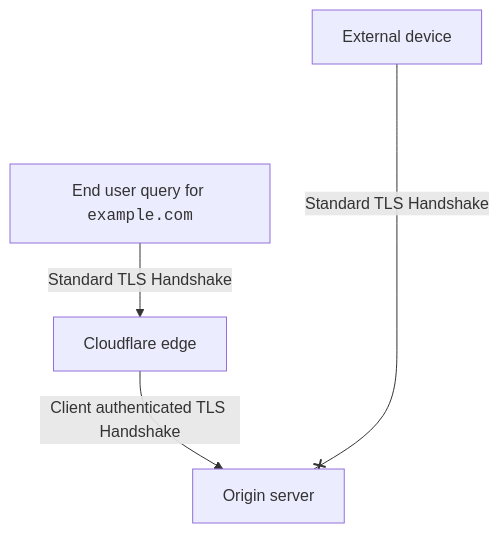
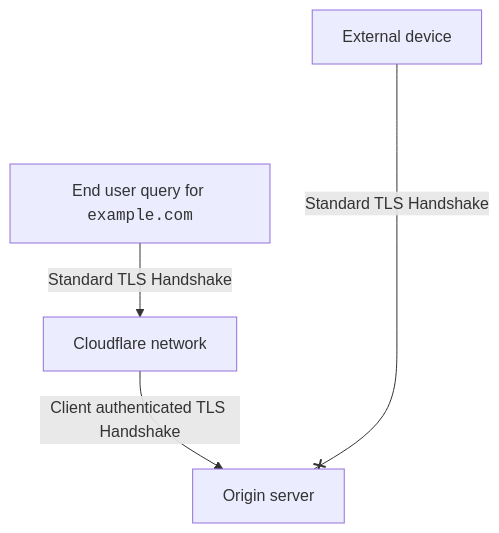
One commit to rdhanarot/cloudflare-docs changed the second of 2 diagrams in content/ssl/origin-configuration/authenticated-origin-pull/explanation.md. Above: the diagram before and after it, drawn with Mermaid. The commit also changed other lines of this file and 3 other files, not shown here.

````diff
--- a/content/ssl/origin-configuration/authenticated-origin-pull/explanation.md
+++ b/content/ssl/origin-configuration/authenticated-origin-pull/explanation.md
@@ -61,7 +65,7 @@
 ```mermaid
     flowchart TD
       accTitle: Connection diagram with Authenticated Origin Pulls
-      A[End user query for <code>example.com</code>] --Standard TLS Handshake--> B[Cloudflare edge]
+      A[End user query for <code>example.com</code>] --Standard TLS Handshake--> B[Cloudflare network]
       B --Client authenticated TLS Handshake--> C[Origin server]
       D[External device] --Standard TLS Handshake -----x C
 ```
````
